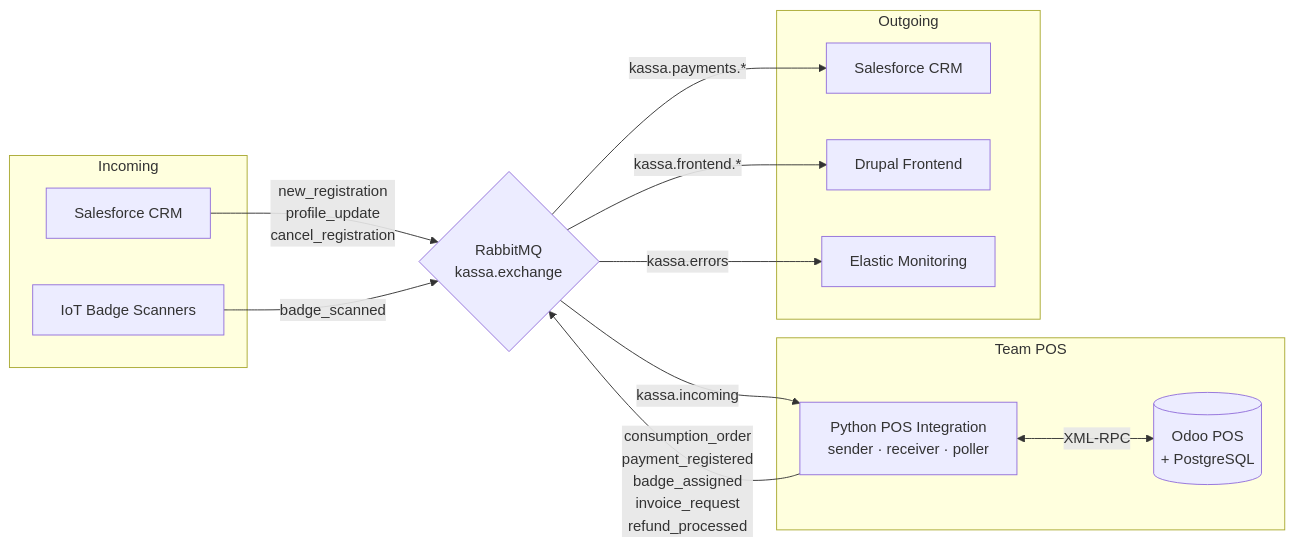
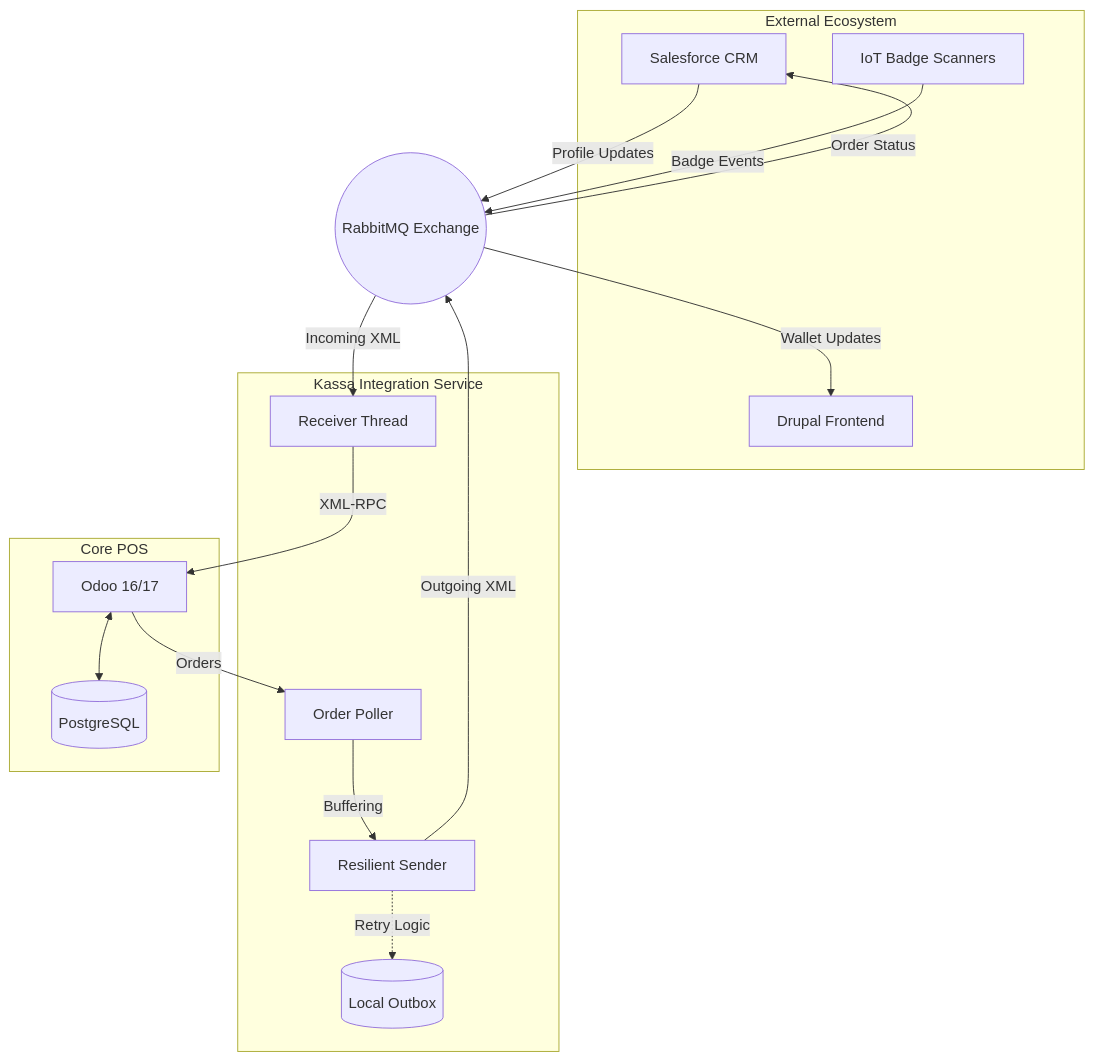
Before and after one commit to IntegrationProject-Groep1/Kassa: the diagram in README.md, drawn with Mermaid. The commit also changed other lines of this file, not shown here.

Commit message:
docs: upgrade README with professional styling and mermaid diagram

````diff
--- a/README.md
+++ b/README.md
@@ -30,29 +53,36 @@
 ```mermaid
-flowchart LR
-    subgraph Incoming
+graph TD
+    subgraph "External Ecosystem"
         CRM[Salesforce CRM]
         IoT[IoT Badge Scanners]
+        Frontend[Drupal Frontend]
     end
 
-    RMQ{RabbitMQ\nkassa.exchange}
-
-    subgraph Team POS
-        PY[Python POS Integration\nsender · receiver · poller]
-        ODOO[(Odoo POS\n+ PostgreSQL)]
+    subgraph "Kassa Integration Service"
+        Receiver[Receiver Thread]
+        Poller[Order Poller]
+        Sender[Resilient Sender]
+        Outbox[(Local Outbox)]
     end
 
-    subgraph Outgoing
-        CRM2[Salesforce CRM]
-        DRUPAL[Drupal Frontend]
-        ELASTIC[Elastic Monitoring]
+    subgraph "Core POS"
+        Odoo[Odoo 16/17]
+        DB[(PostgreSQL)]
     end
 
-    CRM -- "new_registration\nprofile_update\ncancel_registration" --> RMQ
-    IoT -- "badge_scanned" --> RMQ
-    RMQ -- "kassa.incoming" --> PY
-    PY <-->|XML-RPC| ODOO
-    PY -- "consumption_order\npayment_registered\nbadge_assigned\ninvoice_request\nrefund_processed" --> RMQ
-    RMQ -- "kassa.payments.*" --> CRM2
-    RMQ -- "kassa.frontend.*" --> DRUPAL
-    RMQ -- "kassa.errors" --> ELASTIC
+    CRM -- "Profile Updates" --> RabbitMQ((RabbitMQ Exchange))
+    IoT -- "Badge Events" --> RabbitMQ
+    
+    RabbitMQ -- "Incoming XML" --> Receiver
+    Receiver -- "XML-RPC" --> Odoo
+    
+    Odoo -- "Orders" --> Poller
+    Poller -- "Buffering" --> Sender
+    Sender -. "Retry Logic" .-> Outbox
+    Sender -- "Outgoing XML" --> RabbitMQ
+    
+    RabbitMQ -- "Order Status" --> CRM
+    RabbitMQ -- "Wallet Updates" --> Frontend
+    
+    Odoo <--> DB
 ```
````
